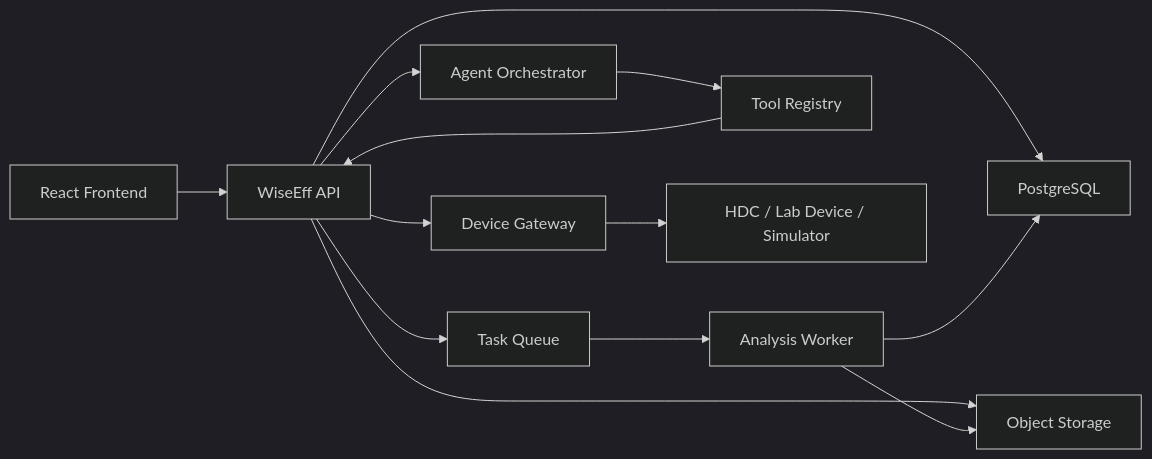
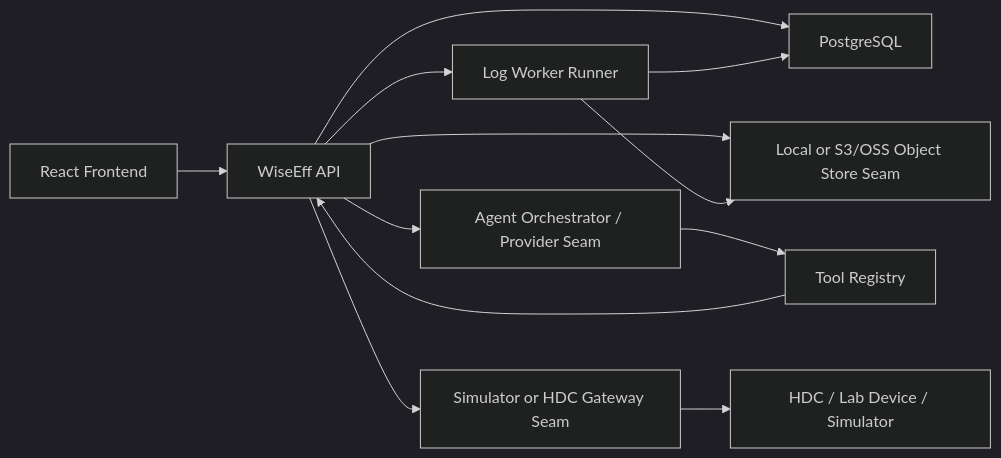
One commit to tzrea1-Q/WiseEff changed the diagram in docs/design-docs/full-stack-architecture.md. Above: the diagram before and after it, drawn with Mermaid (dark theme). The commit also changed other lines of this file and 33 other files, not shown here.

````diff
--- a/docs/design-docs/full-stack-architecture.md
+++ b/docs/design-docs/full-stack-architecture.md
@@ -37,15 +39,14 @@
 ```mermaid
 flowchart LR
   Browser["React Frontend"] --> Api["WiseEff API"]
   Api --> Db["PostgreSQL"]
-  Api --> Queue["Task Queue"]
-  Api --> ObjectStore["Object Storage"]
-  Api --> Agent["Agent Orchestrator"]
-  Api --> DeviceGateway["Device Gateway"]
-  Queue --> Worker["Analysis Worker"]
+  Api --> Worker["Log Worker Runner"]
+  Api --> ObjectStore["Local or S3/OSS Object Store Seam"]
+  Api --> Agent["Agent Orchestrator / Provider Seam"]
+  Api --> DeviceGateway["Simulator or HDC Gateway Seam"]
   Worker --> Db
   Worker --> ObjectStore
   Agent --> ToolRegistry["Tool Registry"]
   ToolRegistry --> Api
   DeviceGateway --> Device["HDC / Lab Device / Simulator"]
 ```
````
